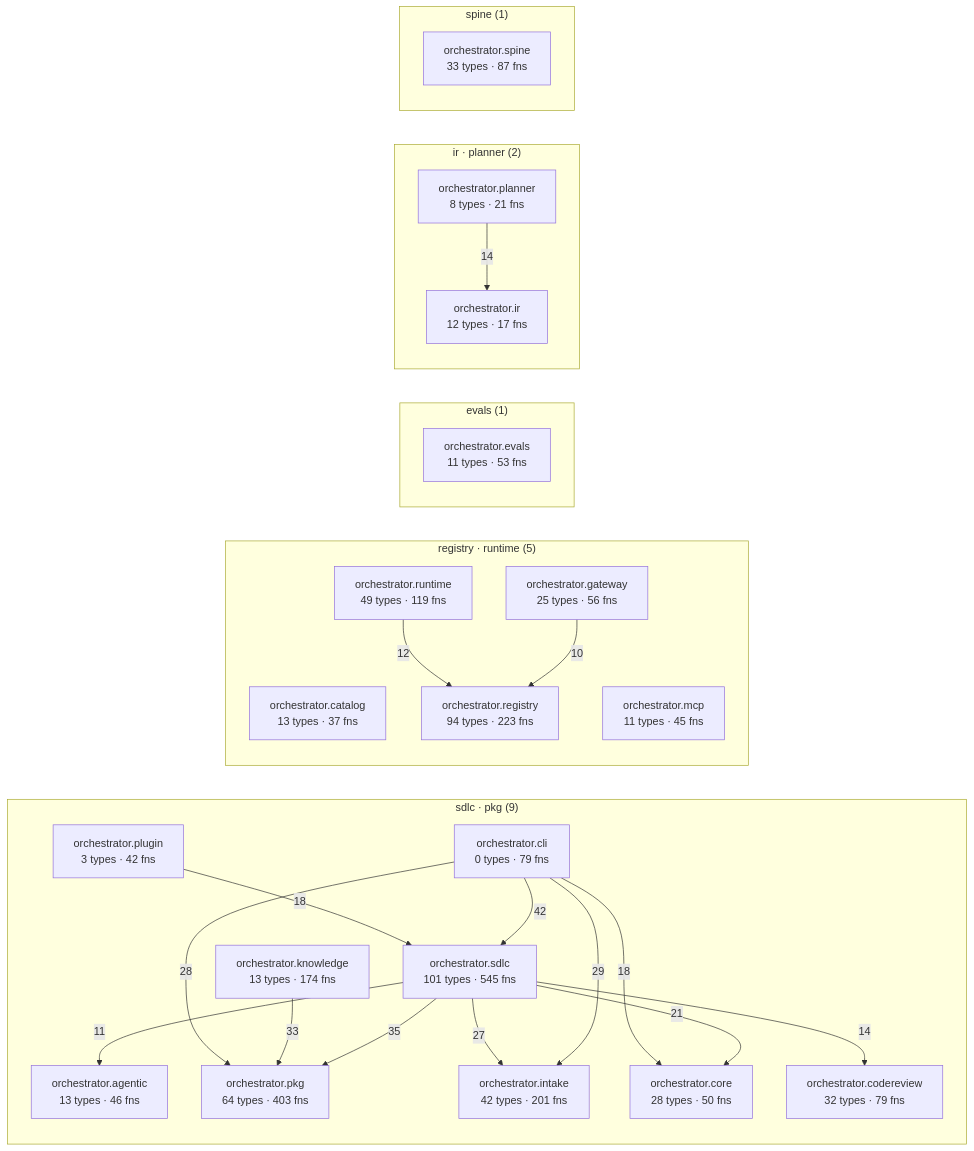
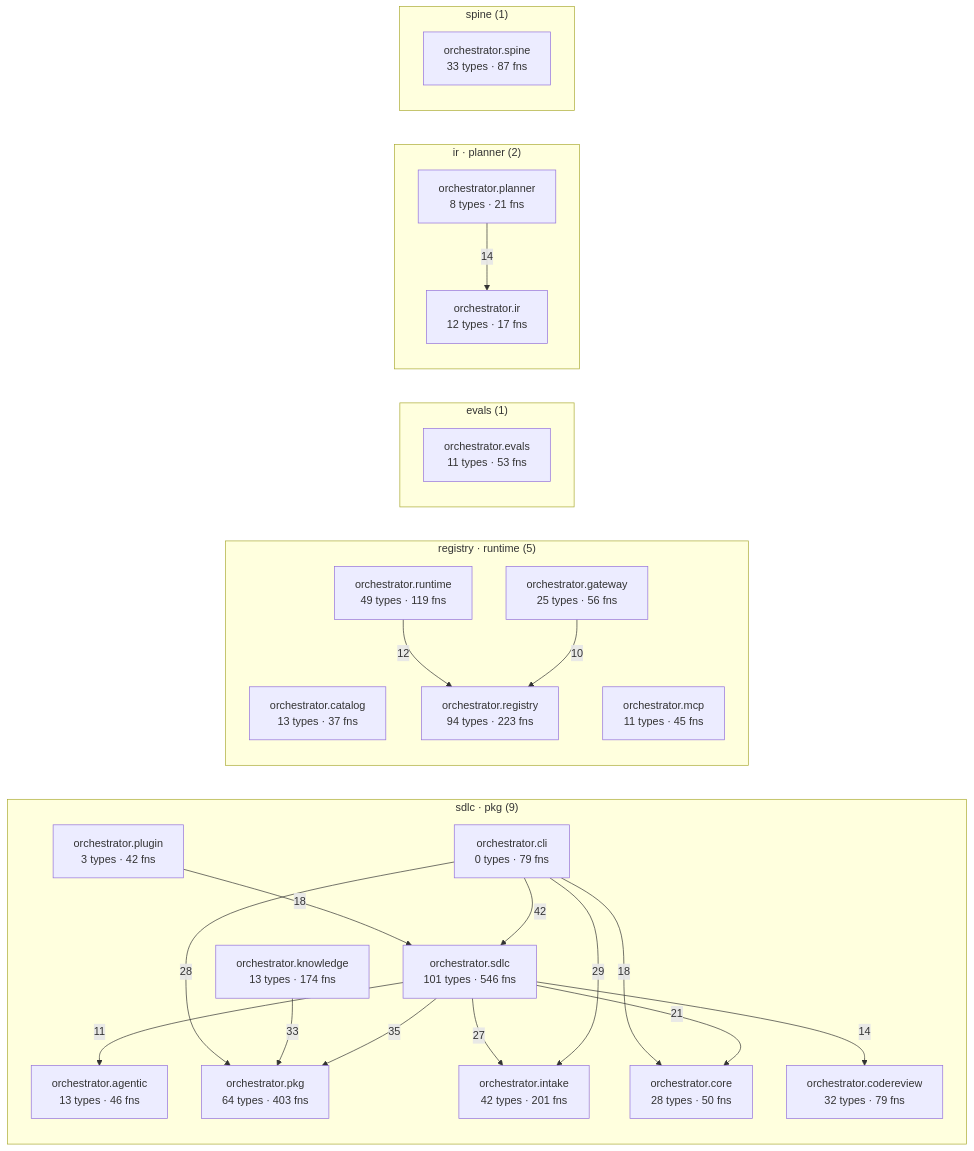
The diagram in episteme/architecture.md (synaptixs/spine), drawn with Mermaid before and after one commit. The commit also changed other lines of this file and 5 other files, not shown here.

````diff
--- a/episteme/architecture.md
+++ b/episteme/architecture.md
@@ -54,45 +54,45 @@
 ```mermaid
 flowchart LR
   subgraph c_1["sdlc · pkg (9)"]
     aorchestratoragentic["orchestrator.agentic<br/>13 types · 46 fns"]
     aorchestratorcli["orchestrator.cli<br/>0 types · 79 fns"]
     aorchestratorcodereview["orchestrator.codereview<br/>32 types · 79 fns"]
     aorchestratorcore["orchestrator.core<br/>28 types · 50 fns"]
     aorchestratorintake["orchestrator.intake<br/>42 types · 201 fns"]
     aorchestratorknowledge["orchestrator.knowledge<br/>13 types · 174 fns"]
     aorchestratorpkg["orchestrator.pkg<br/>64 types · 403 fns"]
     aorchestratorplugin["orchestrator.plugin<br/>3 types · 42 fns"]
-    aorchestratorsdlc["orchestrator.sdlc<br/>101 types · 545 fns"]
+    aorchestratorsdlc["orchestrator.sdlc<br/>101 types · 546 fns"]
   end
   subgraph c_3["registry · runtime (5)"]
     aorchestratorcatalog["orchestrator.catalog<br/>13 types · 37 fns"]
     aorchestratorgateway["orchestrator.gateway<br/>25 types · 56 fns"]
     aorchestratormcp["orchestrator.mcp<br/>11 types · 45 fns"]
     aorchestratorregistry["orchestrator.registry<br/>94 types · 223 fns"]
     aorchestratorruntime["orchestrator.runtime<br/>49 types · 119 fns"]
   end
   subgraph c_5["evals (1)"]
     aorchestratorevals["orchestrator.evals<br/>11 types · 53 fns"]
   end
   subgraph c_7["ir · planner (2)"]
     aorchestratorir["orchestrator.ir<br/>12 types · 17 fns"]
     aorchestratorplanner["orchestrator.planner<br/>8 types · 21 fns"]
   end
   subgraph c_10["spine (1)"]
     aorchestratorspine["orchestrator.spine<br/>33 types · 87 fns"]
   end
   aorchestratorcli -->|42| aorchestratorsdlc
   aorchestratorsdlc -->|35| aorchestratorpkg
   aorchestratorknowledge -->|33| aorchestratorpkg
   aorchestratorcli -->|29| aorchestratorintake
   aorchestratorcli -->|28| aorchestratorpkg
   aorchestratorsdlc -->|27| aorchestratorintake
   aorchestratorsdlc -->|21| aorchestratorcore
   aorchestratorcli -->|18| aorchestratorcore
   aorchestratorplugin -->|18| aorchestratorsdlc
   aorchestratorplanner -->|14| aorchestratorir
   aorchestratorsdlc -->|14| aorchestratorcodereview
   aorchestratorruntime -->|12| aorchestratorregistry
   aorchestratorsdlc -->|11| aorchestratoragentic
   aorchestratorgateway -->|10| aorchestratorregistry
 ```
````
